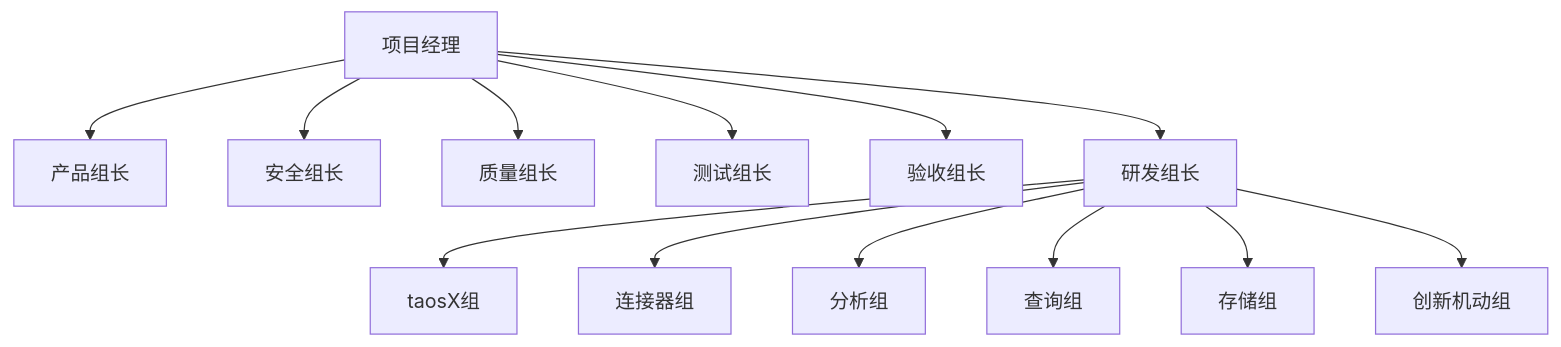
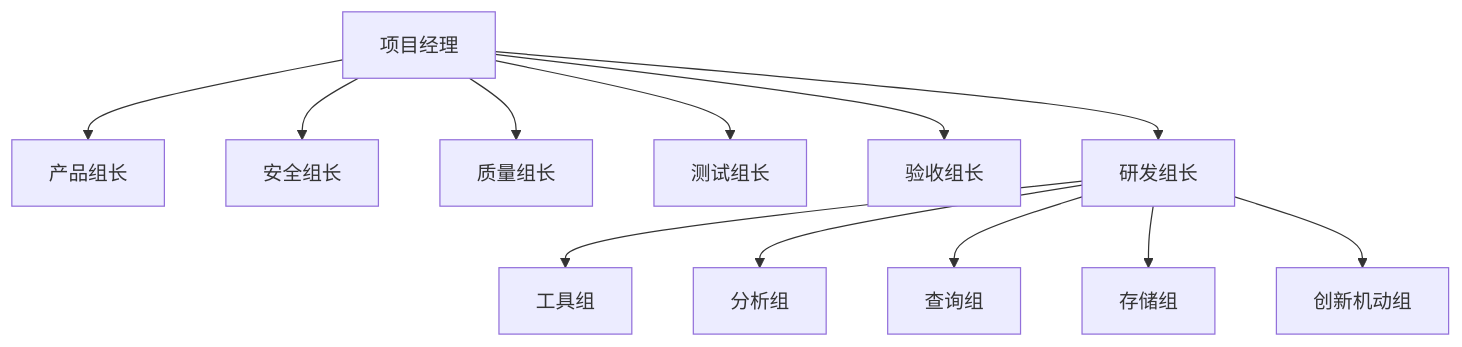
The diagram in docs/releases/TSDB-v3.4.2-[20260630]/01-项目管理/TSDB v3.4.2 项目计划文档.md (taosdata/TDengine), drawn with Mermaid before and after one commit. The commit also changed other lines of this file and 21 other files, not shown here.

````diff
--- a/docs/releases/TSDB-v3.4.2-[20260630]/01-项目管理/TSDB v3.4.2 项目计划文档.md
+++ b/docs/releases/TSDB-v3.4.2-[20260630]/01-项目管理/TSDB v3.4.2 项目计划文档.md
@@ -260,29 +264,27 @@
 ```mermaid
 graph TD
   A["项目经理"]
   B["产品组长"]
   C["安全组长"]
   D["质量组长"]
   E["测试组长"]
   F["验收组长"]
   G["研发组长"]
-  H["taosX组"]
-  I["连接器组"]
+  H["工具组"]
   J["分析组"]
   K["查询组"]
   L["存储组"]
   M["创新机动组"]
 
   A --> B
   A --> C
   A --> D
   A --> E
   A --> F
   A --> G
   G --> H
-  G --> I
   G --> J
   G --> K
   G --> L
   G --> M
 ```
````
